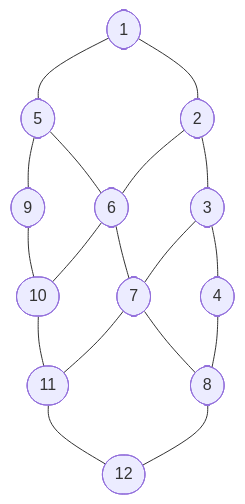
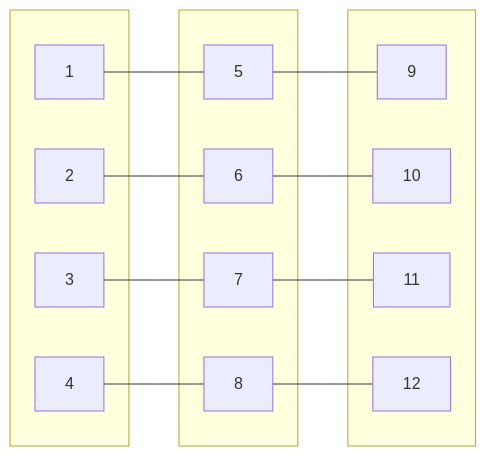
The second of 2 diagrams in README.md (athena-tircgo/amr-lsj), drawn with Mermaid before and after one commit.

````diff
--- a/README.md
+++ b/README.md
@@ -50,16 +50,32 @@
 ```mermaid
-flowchart TD
-    %% 定義節點
-    A1([1]) --- A2([2]) --- A3([3]) --- A4([4])
-    A5([5]) --- A6([6]) --- A7([7]) --- A8([8])
-    A9([9]) --- A10([10]) --- A11([11]) --- A12([12])
+graph LR
+    %% 第一欄
+    subgraph col1[ ]
+        A1[1]
+        A2[2]
+        A3[3]
+        A4[4]
+    end
 
-    %% 垂直連線
+    %% 第二欄
+    subgraph col2[ ]
+        A5[5]
+        A6[6]
+        A7[7]
+        A8[8]
+    end
+
+    %% 第三欄
+    subgraph col3[ ]
+        A9[9]
+        A10[10]
+        A11[11]
+        A12[12]
+    end
+
+    %% 橫向連線
     A1 --- A5 --- A9
     A2 --- A6 --- A10
     A3 --- A7 --- A11
     A4 --- A8 --- A12
-
-    %% 固定 layout 提示（這是關鍵）
-    linkStyle default interpolate basis
 ```
````
